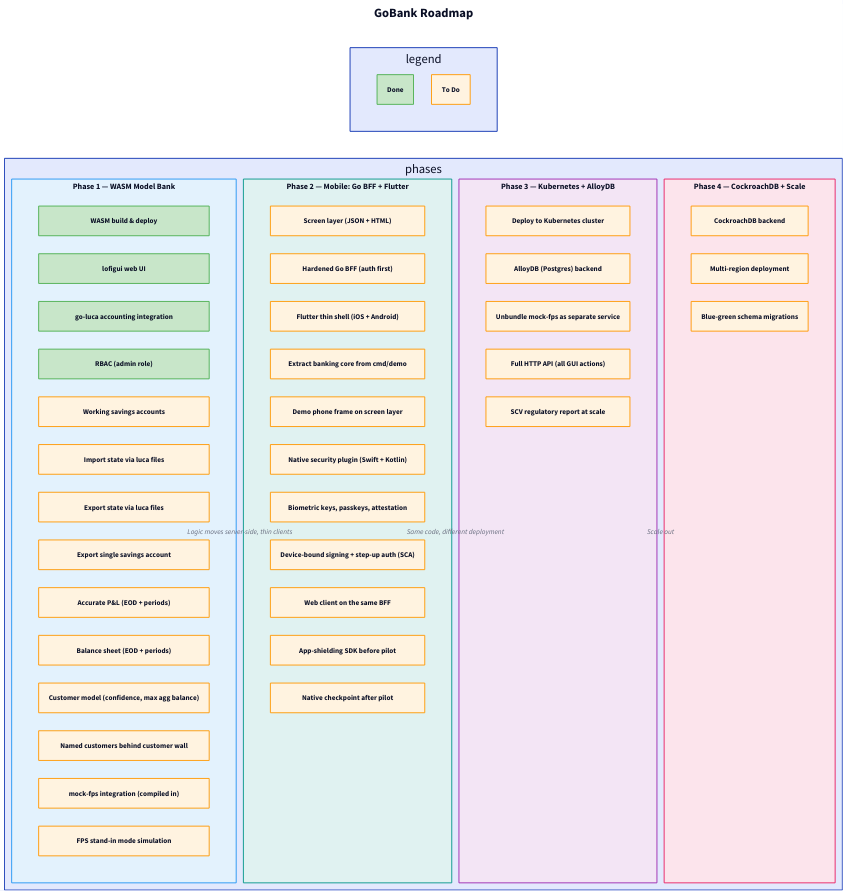
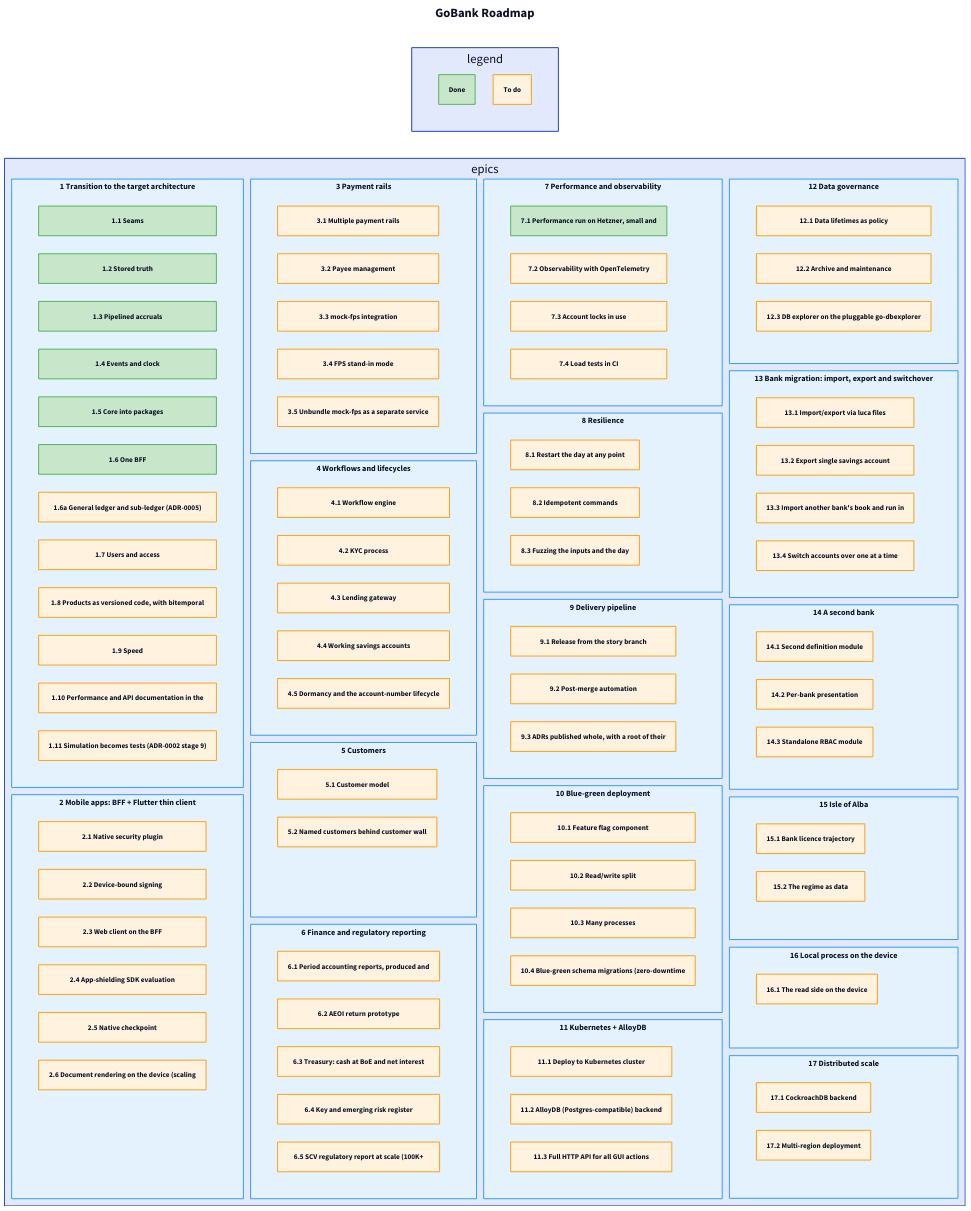
Before and after one commit to drummonds/gobank: the diagram in roadmap.d2, drawn with D2. The commit also changed 8 other files, not shown here.

Commit message:
Story 1.8.8: the Bank tab and parameter pages in HTMX master-detail; ADRs served whole with their diagrams

```diff
--- a/roadmap.d2
+++ b/roadmap.d2
@@ -1,196 +1,159 @@
 direction: right
 
 title: GoBank Roadmap {
   shape: text
   style.font-size: 28
   style.bold: true
 }
 
+classes: {
+  done: { style.fill: "#c8e6c9"; style.stroke: "#4caf50" }
+  todo: { style.fill: "#fff3e0"; style.stroke: "#ff9800" }
+  epic: { style.fill: "#e3f2fd"; style.stroke: "#2196f3"; style.font-size: 18; style.bold: true }
+}
+
 legend: {
   grid-columns: 2
-  done: Done {
-    style.fill: "#c8e6c9"
-    style.stroke: "#4caf50"
+  done: Done { class: done }
+  todo: To do { class: todo }
+}
+
+epics: {
+  grid-columns: 4
+  grid-gap: 16
+  e1: "1 Transition to the target architecture" {
+    class: epic
+    grid-columns: 1
+    s1_1: "1.1 Seams" { class: done }
+    s1_2: "1.2 Stored truth" { class: done }
+    s1_3: "1.3 Pipelined accruals" { class: done }
+    s1_4: "1.4 Events and clock" { class: done }
+    s1_5: "1.5 Core into packages" { class: done }
+    s1_6: "1.6 One BFF" { class: done }
+    s1_6a: "1.6a General ledger and sub-ledger (ADR-0005)" { class: todo }
+    s1_7: "1.7 Users and access" { class: todo }
+    s1_8: "1.8 Products as versioned code, with bitemporal" { class: todo }
+    s1_9: "1.9 Speed" { class: todo }
+    s1_10: "1.10 Performance and API documentation in the" { class: todo }
+    s1_11: "1.11 Simulation becomes tests (ADR-0002 stage 9)" { class: todo }
   }
-  todo: To Do {
-    style.fill: "#fff3e0"
-    style.stroke: "#ff9800"
+  e2: "2 Mobile apps: BFF + Flutter thin client" {
+    class: epic
+    grid-columns: 1
+    s2_1: "2.1 Native security plugin" { class: todo }
+    s2_2: "2.2 Device-bound signing" { class: todo }
+    s2_3: "2.3 Web client on the BFF" { class: todo }
+    s2_4: "2.4 App-shielding SDK evaluation" { class: todo }
+    s2_5: "2.5 Native checkpoint" { class: todo }
+    s2_6: "2.6 Document rendering on the device (scaling" { class: todo }
+  }
+  e3: "3 Payment rails" {
+    class: epic
+    grid-columns: 1
+    s3_1: "3.1 Multiple payment rails" { class: todo }
+    s3_2: "3.2 Payee management" { class: todo }
+    s3_3: "3.3 mock-fps integration" { class: todo }
+    s3_4: "3.4 FPS stand-in mode" { class: todo }
+    s3_5: "3.5 Unbundle mock-fps as a separate service" { class: todo }
+  }
+  e4: "4 Workflows and lifecycles" {
+    class: epic
+    grid-columns: 1
+    s4_1: "4.1 Workflow engine" { class: todo }
+    s4_2: "4.2 KYC process" { class: todo }
+    s4_3: "4.3 Lending gateway" { class: todo }
+    s4_4: "4.4 Working savings accounts" { class: todo }
+    s4_5: "4.5 Dormancy and the account-number lifecycle" { class: todo }
+  }
+  e5: "5 Customers" {
+    class: epic
+    grid-columns: 1
+    s5_1: "5.1 Customer model" { class: todo }
+    s5_2: "5.2 Named customers behind customer wall" { class: todo }
+  }
+  e6: "6 Finance and regulatory reporting" {
+    class: epic
+    grid-columns: 1
+    s6_1: "6.1 Period accounting reports, produced and" { class: todo }
+    s6_2: "6.2 AEOI return prototype" { class: todo }
+    s6_3: "6.3 Treasury: cash at BoE and net interest" { class: todo }
+    s6_4: "6.4 Key and emerging risk register" { class: todo }
+    s6_5: "6.5 SCV regulatory report at scale (100K+" { class: todo }
+  }
+  e7: "7 Performance and observability" {
+    class: epic
+    grid-columns: 1
+    s7_1: "7.1 Performance run on Hetzner, small and" { class: done }
+    s7_2: "7.2 Observability with OpenTelemetry" { class: todo }
+    s7_3: "7.3 Account locks in use" { class: todo }
+    s7_4: "7.4 Load tests in CI" { class: todo }
+  }
+  e8: "8 Resilience" {
+    class: epic
+    grid-columns: 1
+    s8_1: "8.1 Restart the day at any point" { class: todo }
+    s8_2: "8.2 Idempotent commands" { class: todo }
+    s8_3: "8.3 Fuzzing the inputs and the day" { class: todo }
+  }
+  e9: "9 Delivery pipeline" {
+    class: epic
+    grid-columns: 1
+    s9_1: "9.1 Release from the story branch" { class: todo }
+    s9_2: "9.2 Post-merge automation" { class: todo }
+    s9_3: "9.3 ADRs published whole, with a root of their" { class: todo }
+  }
+  e10: "10 Blue-green deployment" {
+    class: epic
+    grid-columns: 1
+    s10_1: "10.1 Feature flag component" { class: todo }
+    s10_2: "10.2 Read/write split" { class: todo }
+    s10_3: "10.3 Many processes" { class: todo }
+    s10_4: "10.4 Blue-green schema migrations (zero-downtime" { class: todo }
+  }
+  e11: "11 Kubernetes + AlloyDB" {
+    class: epic
+    grid-columns: 1
+    s11_1: "11.1 Deploy to Kubernetes cluster" { class: todo }
+    s11_2: "11.2 AlloyDB (Postgres-compatible) backend" { class: todo }
+    s11_3: "11.3 Full HTTP API for all GUI actions" { class: todo }
+  }
+  e12: "12 Data governance" {
+    class: epic
+    grid-columns: 1
+    s12_1: "12.1 Data lifetimes as policy" { class: todo }
+    s12_2: "12.2 Archive and maintenance" { class: todo }
+    s12_3: "12.3 DB explorer on the pluggable go-dbexplorer" { class: todo }
+  }
+  e13: "13 Bank migration: import, export and switchover" {
+    class: epic
+    grid-columns: 1
+    s13_1: "13.1 Import/export via luca files" { class: todo }
+    s13_2: "13.2 Export single savings account" { class: todo }
+    s13_3: "13.3 Import another bank's book and run in" { class: todo }
+    s13_4: "13.4 Switch accounts over one at a time" { class: todo }
+  }
+  e14: "14 A second bank" {
+    class: epic
+    grid-columns: 1
+    s14_1: "14.1 Second definition module" { class: todo }
+    s14_2: "14.2 Per-bank presentation" { class: todo }
+    s14_3: "14.3 Standalone RBAC module" { class: todo }
+  }
+  e15: "15 Isle of Alba" {
+    class: epic
+    grid-columns: 1
+    s15_1: "15.1 Bank licence trajectory" { class: todo }
+    s15_2: "15.2 The regime as data" { class: todo }
+  }
+  e16: "16 Local process on the device" {
+    class: epic
+    grid-columns: 1
+    s16_1: "16.1 The read side on the device" { class: todo }
+  }
+  e17: "17 Distributed scale" {
+    class: epic
+    grid-columns: 1
+    s17_1: "17.1 CockroachDB backend" { class: todo }
+    s17_2: "17.2 Multi-region deployment" { class: todo }
   }
 }
-
-phases: {
-  grid-columns: 4
-  grid-gap: 16
-
-  phase1: Phase 1 — WASM Model Bank {
-    grid-columns: 1
-    style.fill: "#e3f2fd"
-    style.stroke: "#2196f3"
-    style.font-size: 18
-    style.bold: true
-
-    wasm: WASM build & deploy {
-      style.fill: "#c8e6c9"
-      style.stroke: "#4caf50"
-    }
-    lofigui: lofigui web UI {
-      style.fill: "#c8e6c9"
-      style.stroke: "#4caf50"
-    }
-    goluca: go-luca accounting integration {
-      style.fill: "#c8e6c9"
-      style.stroke: "#4caf50"
-    }
-    rbac: RBAC (admin role) {
-      style.fill: "#c8e6c9"
-      style.stroke: "#4caf50"
-    }
-    savings: Working savings accounts {
-      style.fill: "#fff3e0"
-      style.stroke: "#ff9800"
-    }
-    import: Import state via luca files {
-      style.fill: "#fff3e0"
-      style.stroke: "#ff9800"
-    }
-    export: Export state via luca files {
-      style.fill: "#fff3e0"
-      style.stroke: "#ff9800"
-    }
-    export_single: Export single savings account {
-      style.fill: "#fff3e0"
-      style.stroke: "#ff9800"
-    }
-    pnl: Accurate P&L (EOD + periods) {
-      style.fill: "#fff3e0"
-      style.stroke: "#ff9800"
-    }
-    bs: Balance sheet (EOD + periods) {
-      style.fill: "#fff3e0"
-      style.stroke: "#ff9800"
-    }
-    customers: Customer model (confidence, max agg balance) {
-      style.fill: "#fff3e0"
-      style.stroke: "#ff9800"
-    }
-    customer_wall: Named customers behind customer wall {
-      style.fill: "#fff3e0"
-      style.stroke: "#ff9800"
-    }
-    mock_fps: mock-fps integration (compiled in) {
-      style.fill: "#fff3e0"
-      style.stroke: "#ff9800"
-    }
-    standin: FPS stand-in mode simulation {
-      style.fill: "#fff3e0"
-      style.stroke: "#ff9800"
-    }
-  }
-
-  phase2: Phase 2 — Mobile: Go BFF + Flutter {
-    grid-columns: 1
-    style.fill: "#e0f2f1"
-    style.stroke: "#009688"
-    style.font-size: 18
-    style.bold: true
-
-    screen: Screen layer (JSON + HTML) {
-      style.fill: "#fff3e0"
-      style.stroke: "#ff9800"
-    }
-    bff: Hardened Go BFF (auth first) {
-      style.fill: "#fff3e0"
-      style.stroke: "#ff9800"
-    }
-    flutter: Flutter thin shell (iOS + Android) {
-      style.fill: "#fff3e0"
-      style.stroke: "#ff9800"
-    }
-    core_extract: Extract banking core from cmd/demo {
-      style.fill: "#fff3e0"
-      style.stroke: "#ff9800"
-    }
-    demo_screens: Demo phone frame on screen layer {
-      style.fill: "#fff3e0"
-      style.stroke: "#ff9800"
-    }
-    sec_plugin: Native security plugin (Swift + Kotlin) {
-      style.fill: "#fff3e0"
-      style.stroke: "#ff9800"
-    }
-    attest: Biometric keys, passkeys, attestation {
-      style.fill: "#fff3e0"
-      style.stroke: "#ff9800"
-    }
-    stepup: Device-bound signing + step-up auth (SCA) {
-      style.fill: "#fff3e0"
-      style.stroke: "#ff9800"
-    }
-    web_bff: Web client on the same BFF {
-      style.fill: "#fff3e0"
-      style.stroke: "#ff9800"
-    }
-    shield: App-shielding SDK before pilot {
-      style.fill: "#fff3e0"
-      style.stroke: "#ff9800"
-    }
-    native_check: Native checkpoint after pilot {
-      style.fill: "#fff3e0"
-      style.stroke: "#ff9800"
-    }
-  }
-
-  phase3: Phase 3 — Kubernetes + AlloyDB {
-    grid-columns: 1
-    style.fill: "#f3e5f5"
-    style.stroke: "#9c27b0"
-    style.font-size: 18
-    style.bold: true
-
-    k8s: Deploy to Kubernetes cluster {
-      style.fill: "#fff3e0"
-      style.stroke: "#ff9800"
-    }
-    alloydb: AlloyDB (Postgres) backend {
-      style.fill: "#fff3e0"
-      style.stroke: "#ff9800"
-    }
-    multi_svc: Unbundle mock-fps as separate service {
-      style.fill: "#fff3e0"
-      style.stroke: "#ff9800"
-    }
-    http_api: Full HTTP API (all GUI actions) {
-      style.fill: "#fff3e0"
-      style.stroke: "#ff9800"
-    }
-    scv: SCV regulatory report at scale {
-      style.fill: "#fff3e0"
-      style.stroke: "#ff9800"
-    }
-  }
-
-  phase4: Phase 4 — CockroachDB + Scale {
-    grid-columns: 1
-    style.fill: "#fce4ec"
-    style.stroke: "#e91e63"
-    style.font-size: 18
-    style.bold: true
-
-    crdb: CockroachDB backend {
-      style.fill: "#fff3e0"
-      style.stroke: "#ff9800"
-    }
-    multi_region: Multi-region deployment {
-      style.fill: "#fff3e0"
-      style.stroke: "#ff9800"
-    }
-    blue_green: Blue-green schema migrations {
-      style.fill: "#fff3e0"
-      style.stroke: "#ff9800"
-    }
-  }
-}
-
-phases.phase1 -> phases.phase2: Logic moves server-side, thin clients
-phases.phase2 -> phases.phase3: Same code, different deployment
-phases.phase3 -> phases.phase4: Scale out
```
